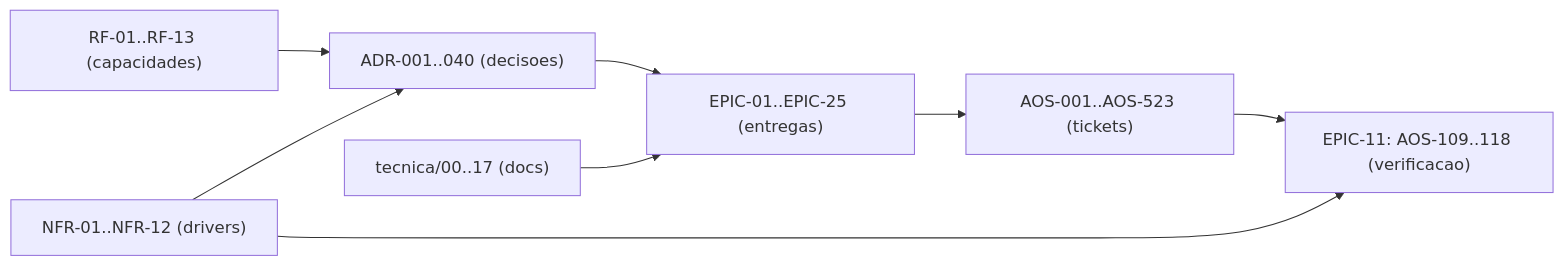
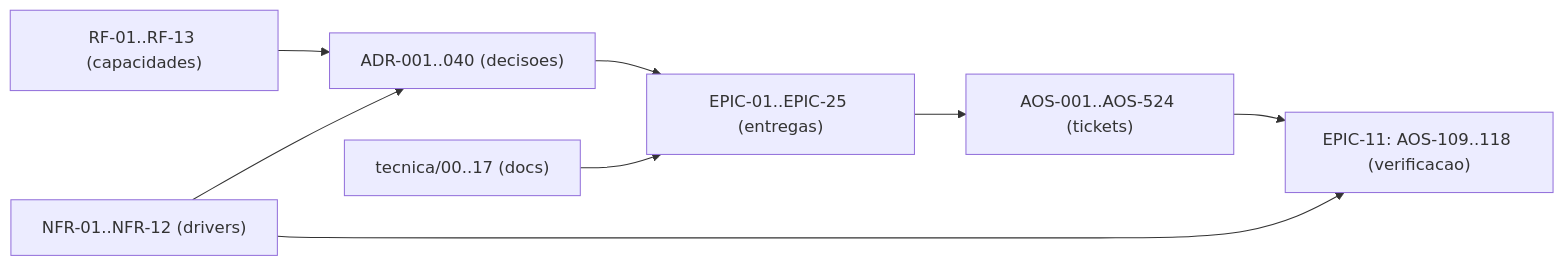
One commit to albinoJimy/aos changed the diagram in tecnica/16_Rastreabilidade_RTM.md. Above: the diagram before and after it, drawn with Mermaid. The commit also changed other lines of this file and 2 other files, not shown here.

First line of the commit message:
docs(AOS-524): ticket — sobre JetStream, o Append com CAS decide contra a vista local e prende a réplica que leu do servidor

````diff
--- a/tecnica/16_Rastreabilidade_RTM.md
+++ b/tecnica/16_Rastreabilidade_RTM.md
@@ -207,10 +207,10 @@
 ```mermaid
 flowchart LR
     RF["RF-01..RF-13 (capacidades)"] --> ADR["ADR-001..040 (decisoes)"]
     NFR["NFR-01..NFR-12 (drivers)"] --> ADR
     ADR --> EPIC["EPIC-01..EPIC-25 (entregas)"]
-    EPIC --> TICK["AOS-001..AOS-523 (tickets)"]
+    EPIC --> TICK["AOS-001..AOS-524 (tickets)"]
     DOC["tecnica/00..17 (docs)"] --> EPIC
     TICK --> TEST["EPIC-11: AOS-109..118 (verificacao)"]
     NFR --> TEST
 ```
````
